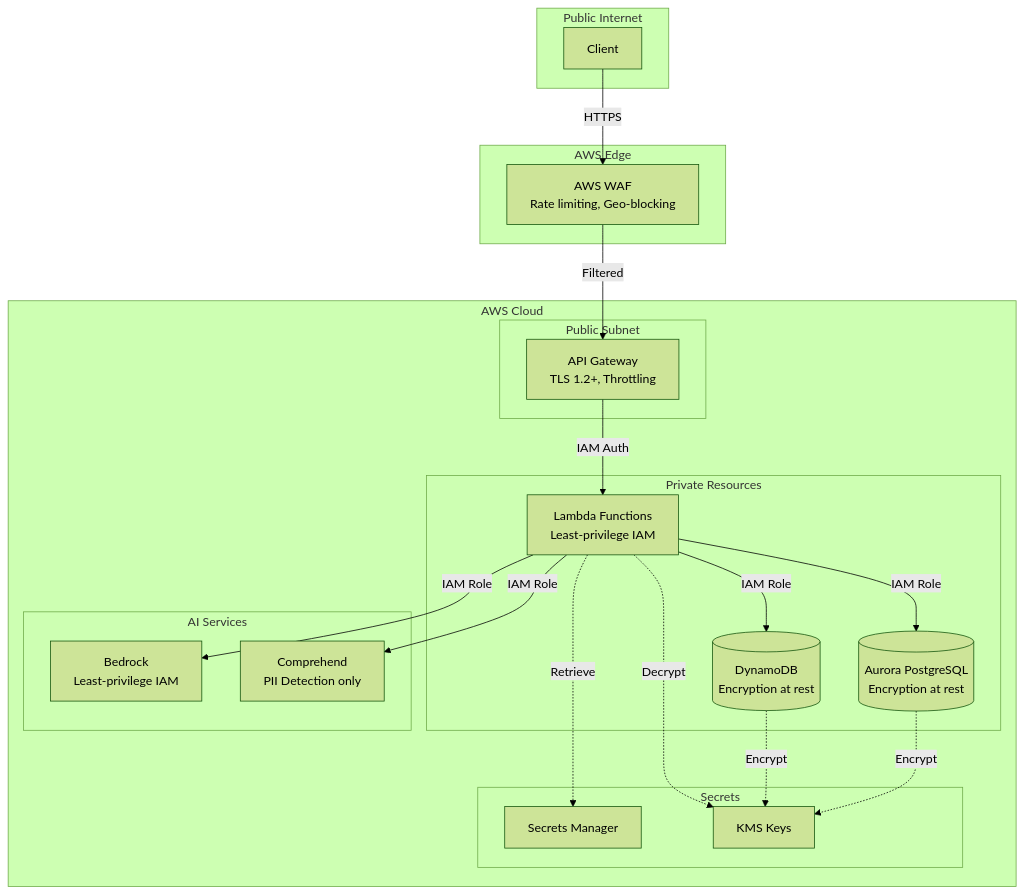
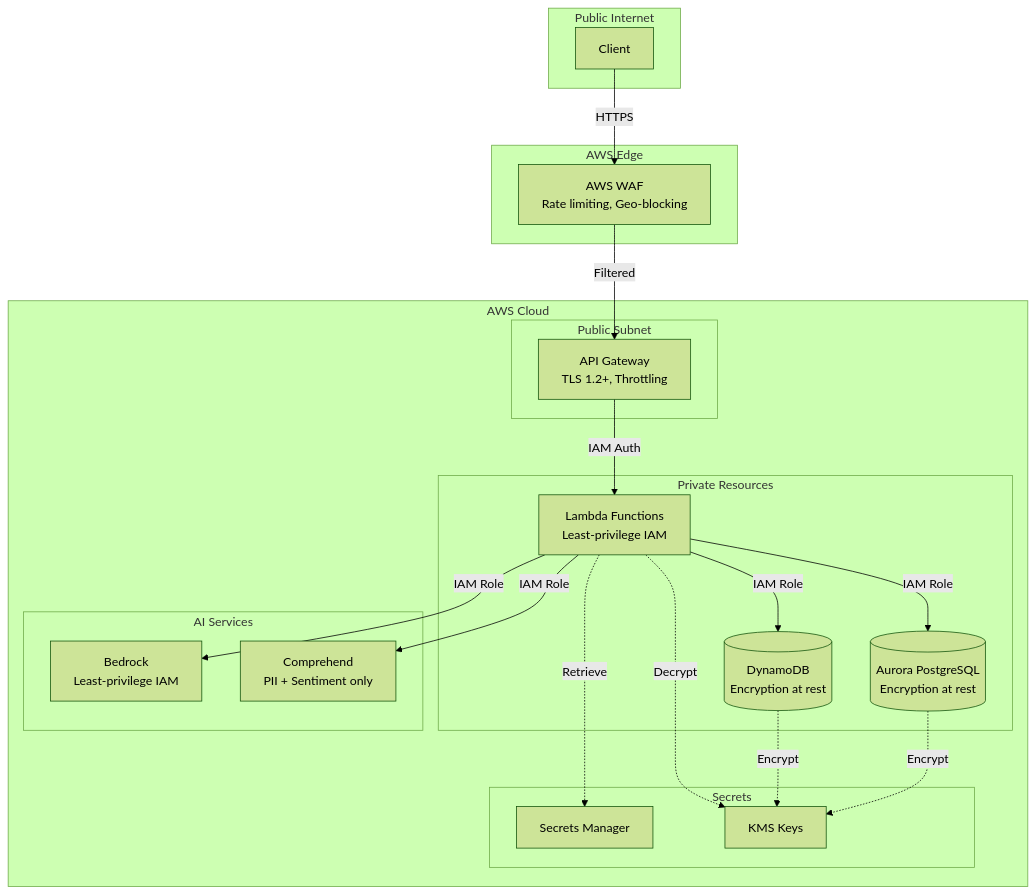
One commit to jujubear24/ai-customer-service-bot changed the seventh of 9 diagrams in docs/architecture/system-design.md. Above: the diagram before and after it, drawn with Mermaid (forest theme). The commit also changed other lines of this file and 3 other files, not shown here.

````diff
--- a/docs/architecture/system-design.md
+++ b/docs/architecture/system-design.md
@@ -651,44 +712,44 @@
 ```mermaid
 flowchart TB
     subgraph Public Internet
         CLIENT[Client]
     end
 
     subgraph AWS Edge
         WAF[AWS WAF<br/>Rate limiting, Geo-blocking]
     end
 
     subgraph AWS Cloud
         subgraph Public Subnet
             APIGW[API Gateway<br/>TLS 1.2+, Throttling]
         end
 
         subgraph Private Resources
             LAMBDA[Lambda Functions<br/>Least-privilege IAM]
             DDB[(DynamoDB<br/>Encryption at rest)]
             AURORA[(Aurora PostgreSQL<br/>Encryption at rest)]
         end
 
         subgraph AI Services
             BEDROCK[Bedrock<br/>Least-privilege IAM]
-            COMPREHEND[Comprehend<br/>PII Detection only]
+            COMPREHEND[Comprehend<br/>PII + Sentiment only]
         end
 
         subgraph Secrets
             SM[Secrets Manager]
             KMS[KMS Keys]
         end
     end
 
     CLIENT -->|HTTPS| WAF
     WAF -->|Filtered| APIGW
     APIGW -->|IAM Auth| LAMBDA
     LAMBDA -->|IAM Role| DDB
     LAMBDA -->|IAM Role| AURORA
     LAMBDA -->|IAM Role| BEDROCK
     LAMBDA -->|IAM Role| COMPREHEND
     LAMBDA -.->|Decrypt| KMS
     LAMBDA -.->|Retrieve| SM
     DDB -.->|Encrypt| KMS
     AURORA -.->|Encrypt| KMS
 ```
````
